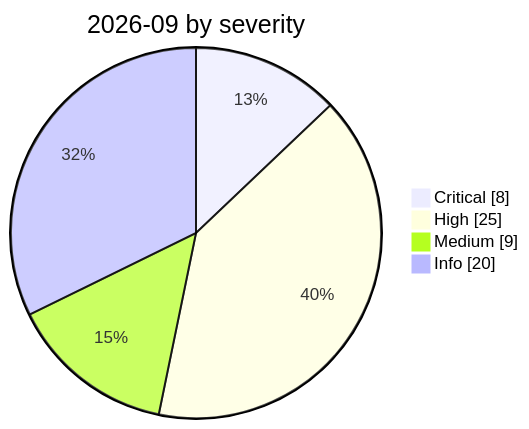
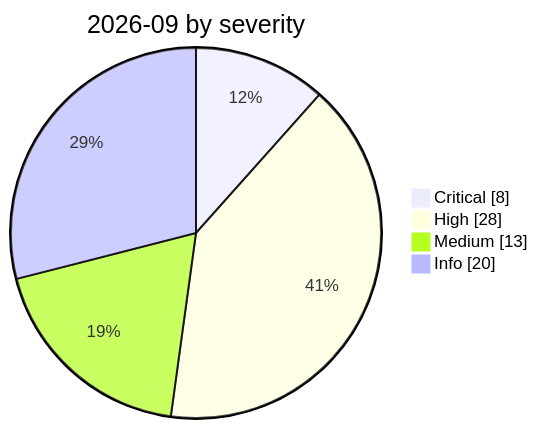
The diagram in incidents/2026-09/README.md (Continuum-AI-Corp/Orca-AI-Incident-Archive), drawn with Mermaid before and after one commit. The commit also changed other lines of this file and 44 other files, not shown here.

````diff
--- a/incidents/2026-09/README.md
+++ b/incidents/2026-09/README.md
@@ -8,8 +8,8 @@
 ```mermaid
 pie showData
     title 2026-09 by severity
     "Critical" : 8
-    "High" : 25
-    "Medium" : 9
+    "High" : 28
+    "Medium" : 13
     "Info" : 20
 ```
````
